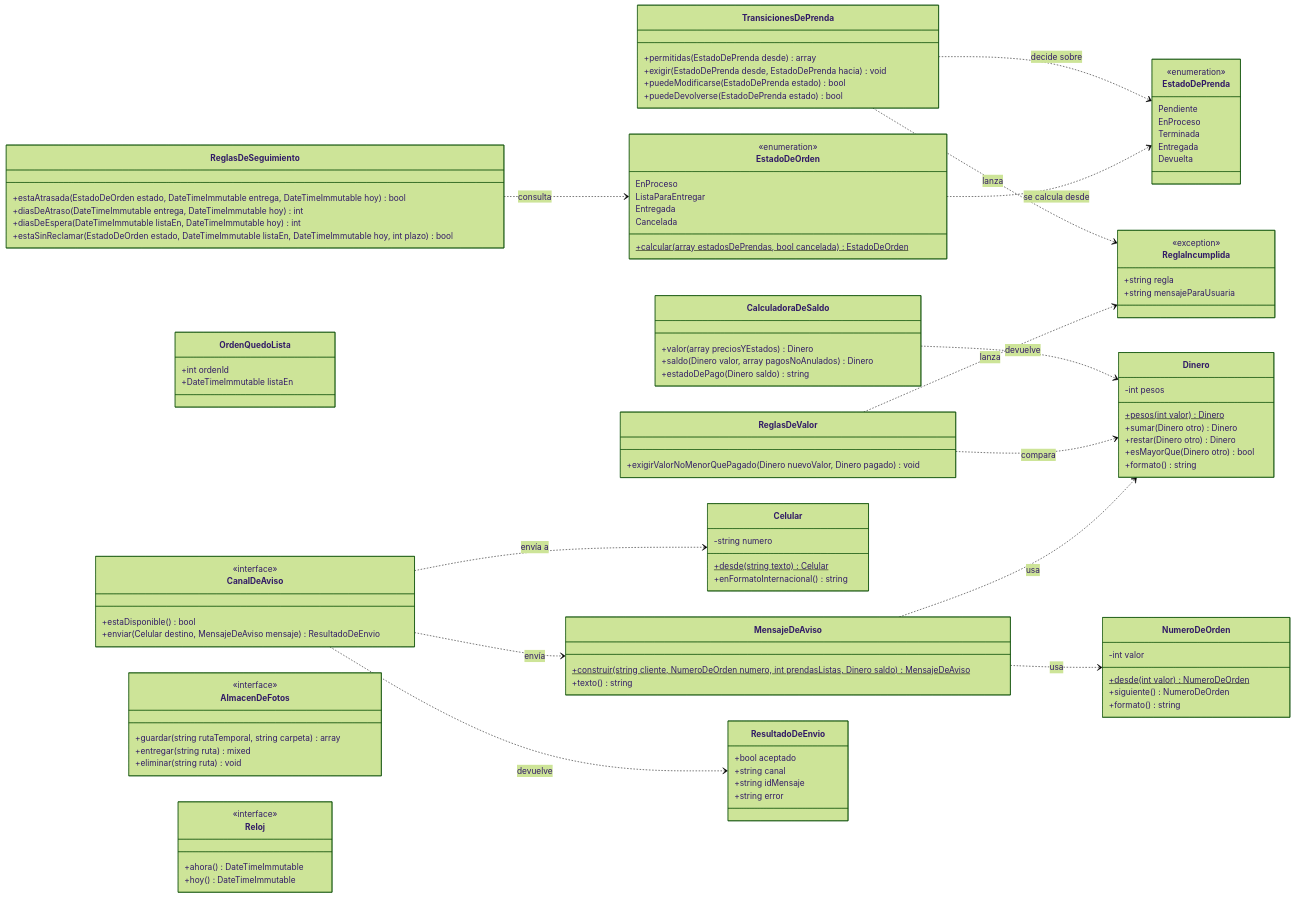
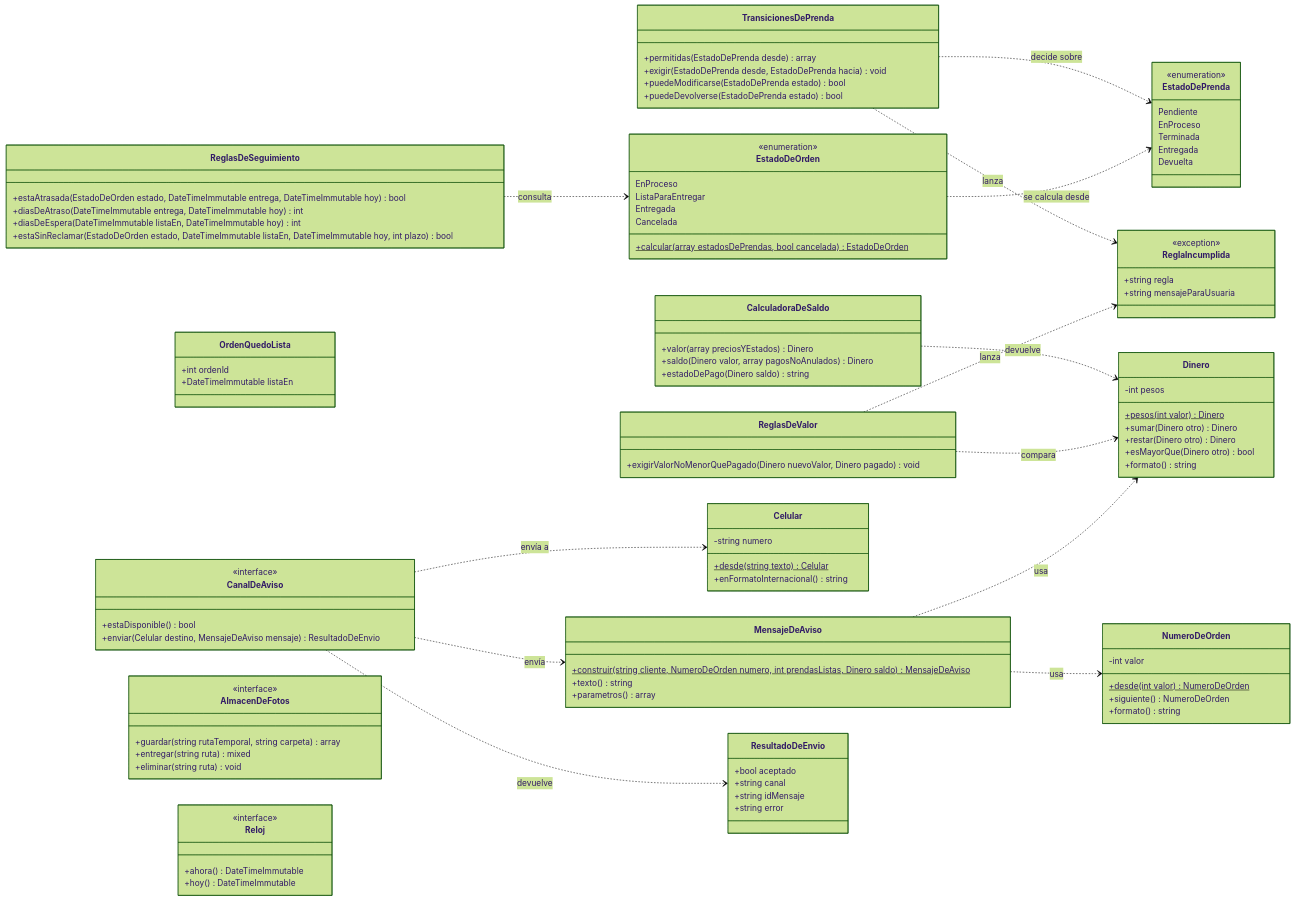
The first of 13 diagrams in docs/03-diseno/diagramas/README.md (Aryannext/El-taller-ines), drawn with Mermaid (forest theme) before and after one commit. The commit also changed 11 other files, not shown here.

```diff
--- a/docs/03-diseno/diagramas/README.md
+++ b/docs/03-diseno/diagramas/README.md
@@ -109,6 +109,7 @@
     class MensajeDeAviso {
         +construir(string cliente, NumeroDeOrden numero, int prendasListas, Dinero saldo)$ MensajeDeAviso
         +texto() string
+        +parametros() array
     }
     class CanalDeAviso {
         <<interface>>
```
